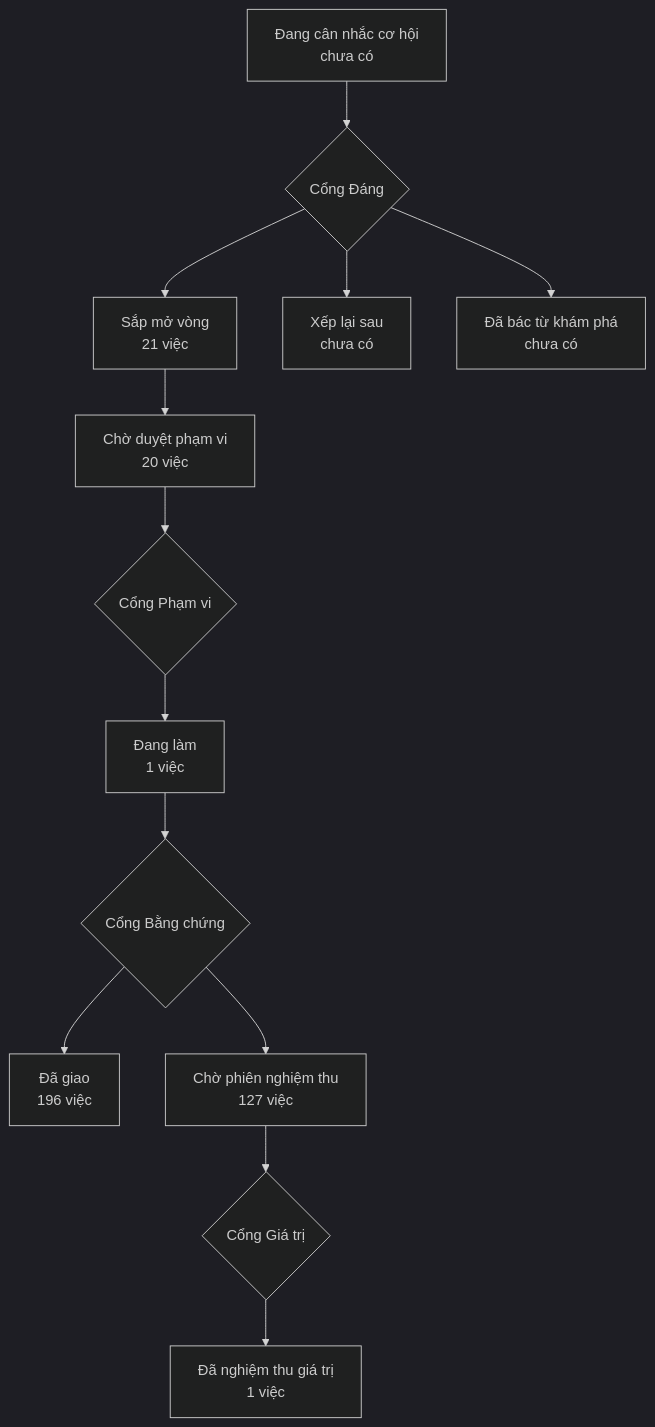
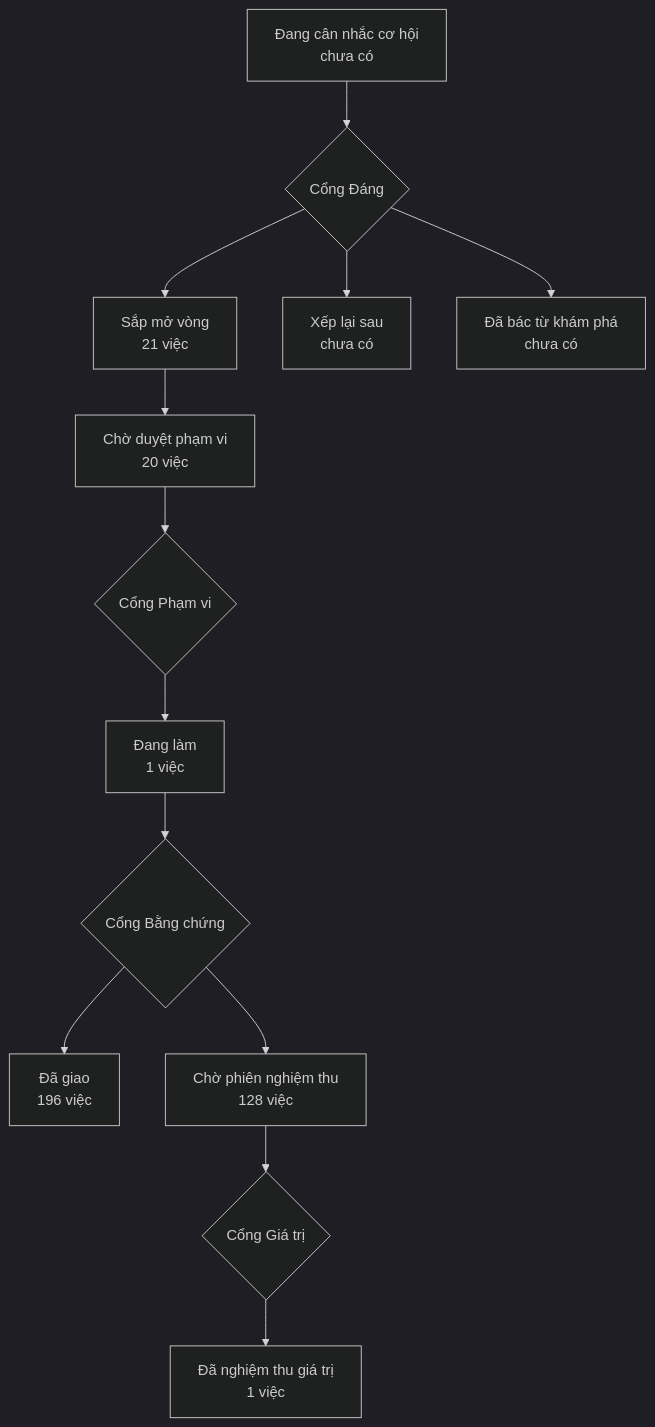
The diagram in PRODUCT-MAP.md (phanlemanh/onehub-invest), drawn with Mermaid (dark theme) before and after one commit. The commit also changed other lines of this file and 1 other file, not shown here.

Commit message:
chore: vẽ lại bản đồ sau khi nhận main 775d2661

````diff
--- a/PRODUCT-MAP.md
+++ b/PRODUCT-MAP.md
@@ -7,12 +7,12 @@
 ```mermaid
 flowchart TD
   A["Đang cân nhắc cơ hội<br/>chưa có"] --> GD{"Cổng Đáng"}
   GD --> B["Sắp mở vòng<br/>21 việc"]
   GD --> XL["Xếp lại sau<br/>chưa có"]
   GD --> DB["Đã bác từ khám phá<br/>chưa có"]
   B --> CD["Chờ duyệt phạm vi<br/>20 việc"] --> GP{"Cổng Phạm vi"}
   GP --> DL["Đang làm<br/>1 việc"] --> GB{"Cổng Bằng chứng"}
   GB --> DG["Đã giao<br/>196 việc"]
-  GB --> CN["Chờ phiên nghiệm thu<br/>127 việc"] --> GG{"Cổng Giá trị"}
+  GB --> CN["Chờ phiên nghiệm thu<br/>128 việc"] --> GG{"Cổng Giá trị"}
   GG --> NT["Đã nghiệm thu giá trị<br/>1 việc"]
 ```
````
